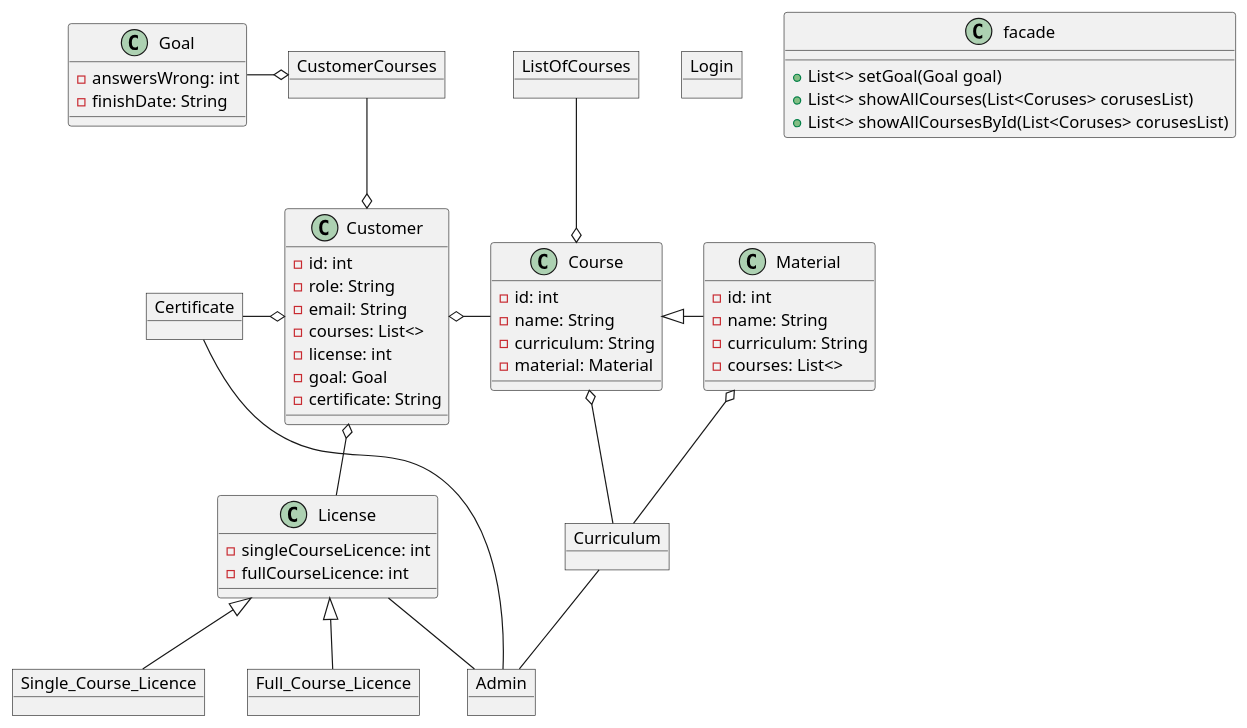
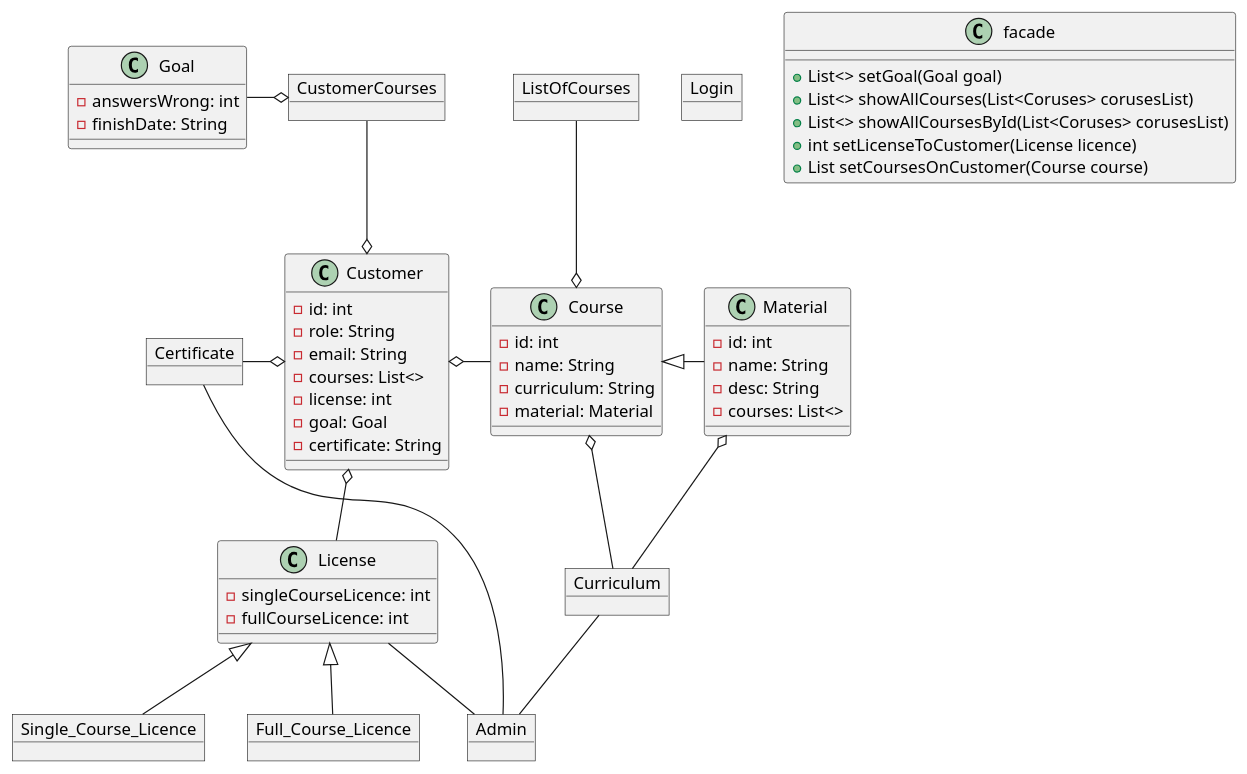
Before and after one commit to Rene061089/PlatumlDomeaneModdelering: the diagram in src/Class.puml, drawn with PlantUML.

Commit message:
Igang med at adde metoder :D

```diff
--- a/src/Class.puml
+++ b/src/Class.puml
@@ -1,74 +1,75 @@
 @startuml
 
 
 object Login
 object Admin
 object Single_Course_Licence
 object Full_Course_Licence
 object Certificate
-
 object Curriculum
 object ListOfCourses
 object CustomerCourses
 
 class License{
 -singleCourseLicence: int
 -fullCourseLicence: int
 }
 
 class Material{
 -id: int
 -name: String
--curriculum: String
+-desc: String
 -courses: List<>
 }
 
 class Course{
 -id: int
 -name: String
 -curriculum: String
 -material: Material
 }
 
 class Goal{
 -answersWrong: int
 -finishDate: String
 }
 
 class Customer{
 -id: int
 -role: String
 -email: String
 -courses: List<>
 -license: int
 -goal: Goal
 -certificate: String
 }
 
 class facade{
 + List<> setGoal(Goal goal)
 + List<> showAllCourses(List<Coruses> corusesList)
 + List<> showAllCoursesById(List<Coruses> corusesList)
++ int setLicenseToCustomer(License licence)
++ List setCoursesOnCustomer(Course course)
 }
 
 
 CustomerCourses -down-o Customer
 CustomerCourses o-left- Goal
 ListOfCourses -down-o Course
 Customer o-down- License
 Customer o-left- Certificate
 Course -left-o Customer
 
 
 License <|-down- Single_Course_Licence
 License <|-down-  Full_Course_Licence
 
 Course <|-right- Material
 
 License -right- Admin
 Certificate -right- Admin
 Curriculum -down- Admin
 Material o-down- Curriculum
 Course o-down- Curriculum
 
 @enduml
```
